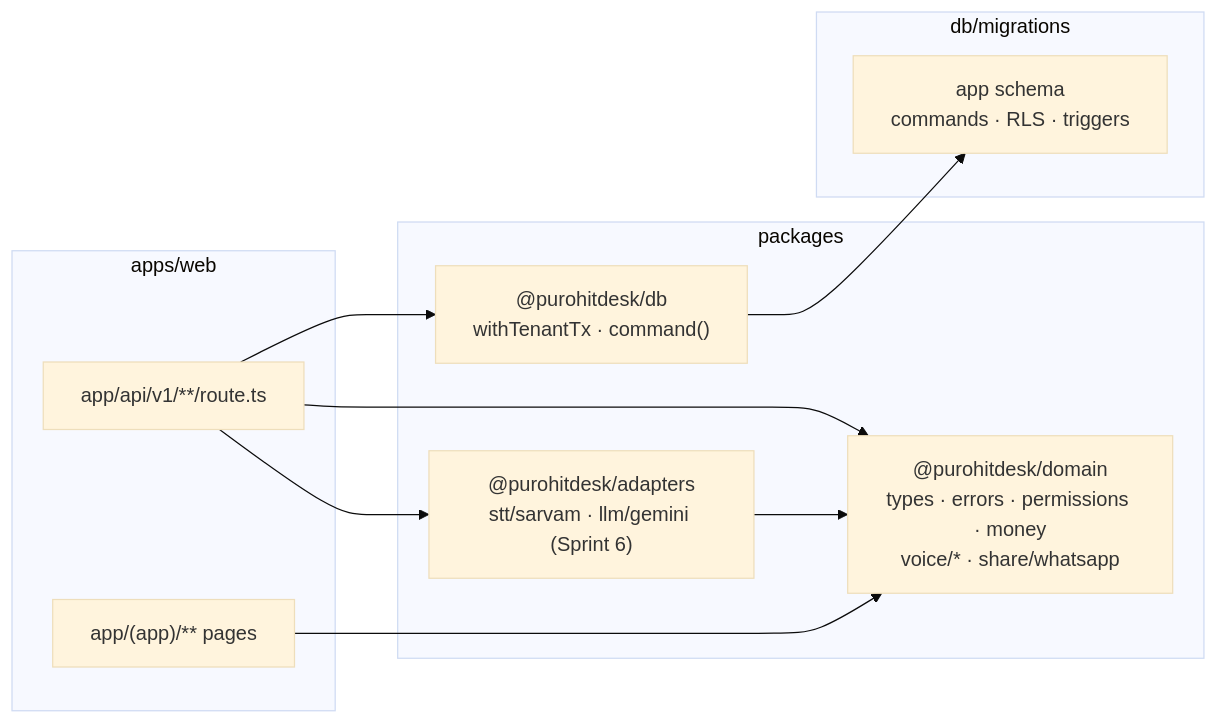
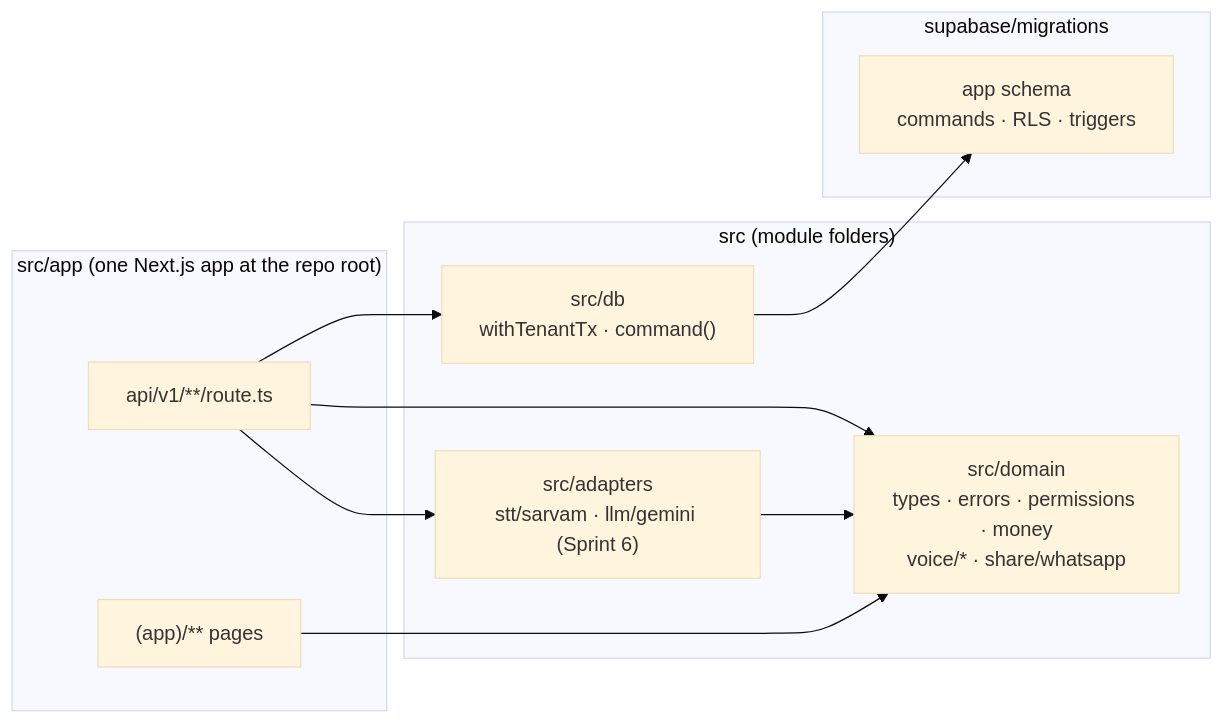
Before and after one commit to Madaan1995/purohitdesk: the third of 11 diagrams in docs/spec.md, drawn with Mermaid (base theme). The commit also changed other lines of this file, not shown here.

````diff
--- a/docs/spec.md
+++ b/docs/spec.md
@@ -332,20 +363,20 @@
 ```mermaid
 flowchart LR
-  subgraph apps/web
-    routes["app/api/v1/**/route.ts"]
-    pages["app/(app)/** pages"]
+  subgraph web["src/app (one Next.js app at the repo root)"]
+    routes["api/v1/**/route.ts"]
+    pages["(app)/** pages"]
   end
-  subgraph packages
-    domain["@purohitdesk/domain\ntypes · errors · permissions · money\nvoice/* · share/whatsapp"]
-    db["@purohitdesk/db\nwithTenantTx · command()"]
-    adapters["@purohitdesk/adapters\nstt/sarvam · llm/gemini (Sprint 6)"]
+  subgraph modules["src (module folders)"]
+    domain["src/domain\ntypes · errors · permissions · money\nvoice/* · share/whatsapp"]
+    db["src/db\nwithTenantTx · command()"]
+    adapters["src/adapters\nstt/sarvam · llm/gemini (Sprint 6)"]
   end
-  subgraph db/migrations
+  subgraph mig["supabase/migrations"]
     sql["app schema\ncommands · RLS · triggers"]
   end
   routes --> db --> sql
   routes --> domain
   routes --> adapters
   pages --> domain
   adapters --> domain
 ```
````
